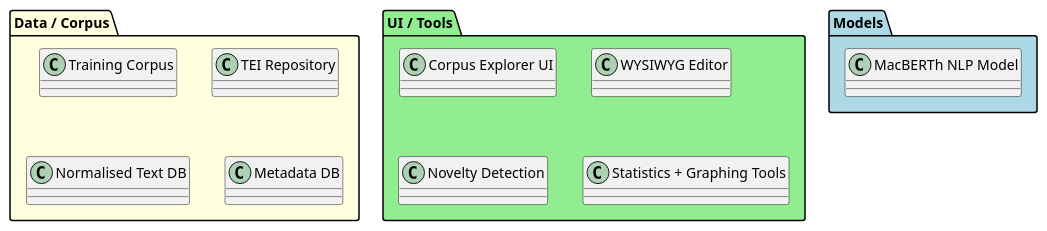
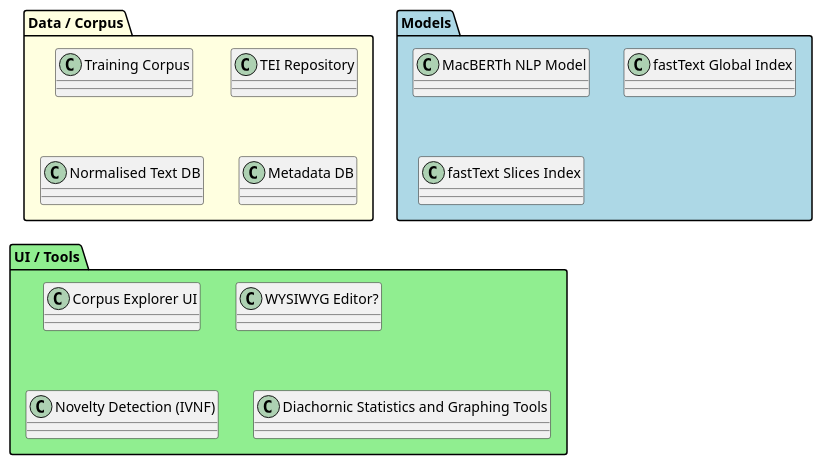
One commit to leegee/mutatis-mutandis changed the diagram in docs/uml/src/components/entities.puml. Above: the diagram before and after it, drawn with PlantUML. The commit also changed 4 other files, not shown here.

```diff
--- a/docs/uml/src/components/entities.puml
+++ b/docs/uml/src/components/entities.puml
@@ -1,20 +1,22 @@
 ' entities.puml
 ' Define core data and model entities
 
 package "Data / Corpus" #LightYellow {
-    class "Training Corpus" 
+    class "Training Corpus"
     class "TEI Repository"
     class "Normalised Text DB"
     class "Metadata DB"
 }
 
 package "Models" #lightblue {
     class "MacBERTh NLP Model"
+    class "fastText Global Index"
+    class "fastText Slices Index"
 }
 
 package "UI / Tools" #LightGreen {
     class "Corpus Explorer UI"
-    class "WYSIWYG Editor"
-    class "Novelty Detection"
-    class "Statistics + Graphing Tools"
+    class "WYSIWYG Editor?"
+    class "Novelty Detection (IVNF)"
+    class "Diachornic Statistics and Graphing Tools"
 }
```
